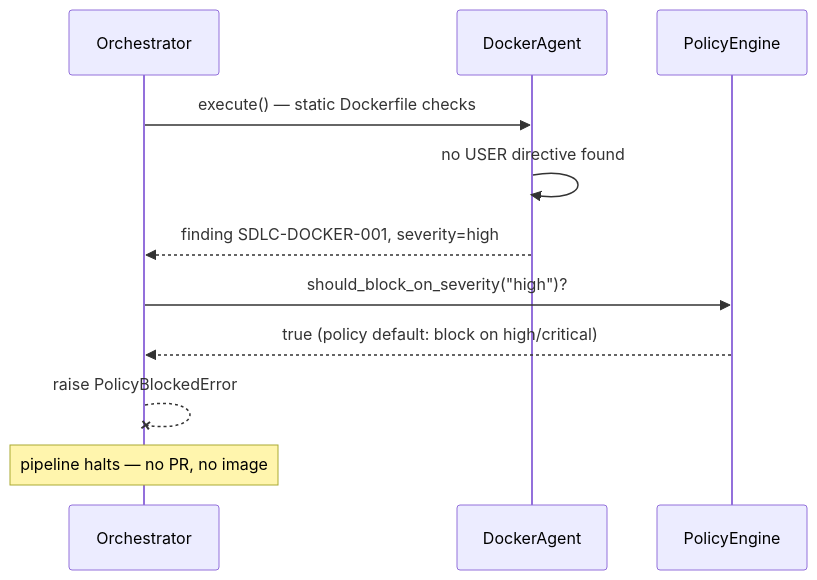
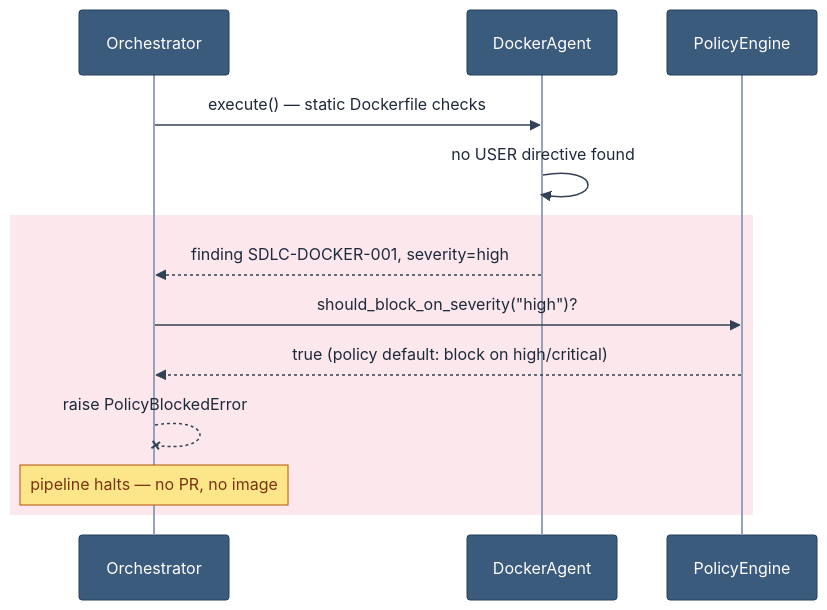
The fifth of 9 diagrams in docs/demo/burning-ship-storytelling.md (lorenzogirardi/agentic-sdlc), drawn with Mermaid before and after one commit. The commit also changed other lines of this file and 1 other file, not shown here.

First line of the commit message:
Color-code all diagrams: actors, platform, external systems, outcomes

````diff
--- a/docs/demo/burning-ship-storytelling.md
+++ b/docs/demo/burning-ship-storytelling.md
@@ -183,14 +215,17 @@
 ```mermaid
+%%{init: {'theme':'base', 'themeVariables': {'primaryColor':'#ff6b35','primaryBorderColor':'#c9451f','primaryTextColor':'#ffffff','actorBkg':'#3b5b7d','actorBorder':'#24405c','actorTextColor':'#ffffff','actorLineColor':'#94a3b8','signalColor':'#334155','signalTextColor':'#1e293b','labelBoxBkgColor':'#ff6b35','labelBoxBorderColor':'#c9451f','labelTextColor':'#ffffff','loopTextColor':'#334155','noteBkgColor':'#fde68a','noteBorderColor':'#b45309','noteTextColor':'#78350f','activationBorderColor':'#c9451f','activationBkgColor':'#ffd9c2','sequenceNumberColor':'#ffffff'}}}%%
 sequenceDiagram
     participant Orch as Orchestrator
     participant Docker as DockerAgent
     participant Policy as PolicyEngine
 
     Orch->>Docker: execute() — static Dockerfile checks
     Docker->>Docker: no USER directive found
+    rect rgba(225,29,72,0.10)
     Docker-->>Orch: finding SDLC-DOCKER-001, severity=high
     Orch->>Policy: should_block_on_severity("high")?
     Policy-->>Orch: true (policy default: block on high/critical)
     Orch--xOrch: raise PolicyBlockedError
     Note over Orch: pipeline halts — no PR, no image
+    end
 ```
````
